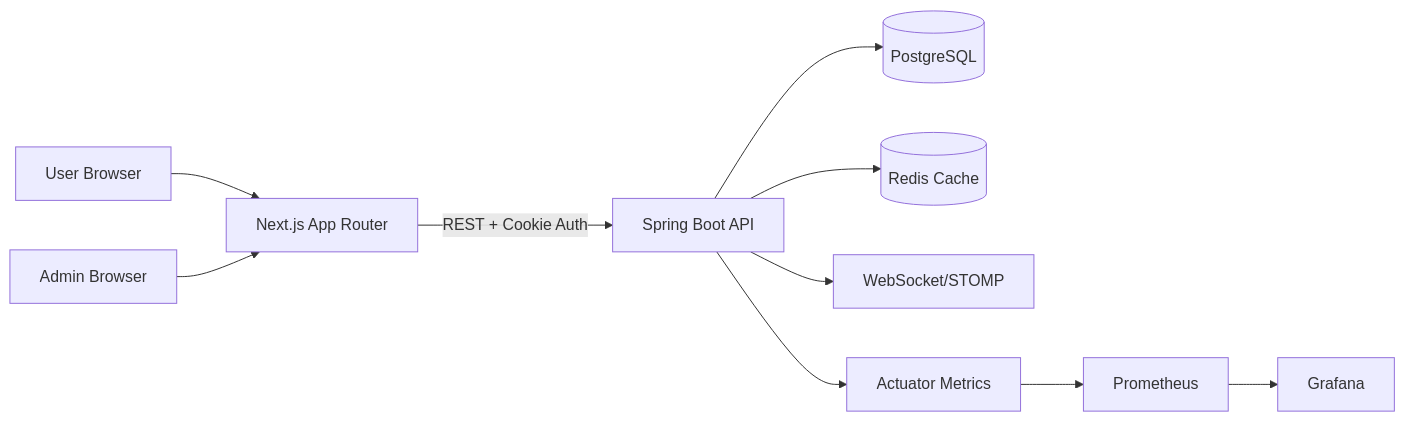
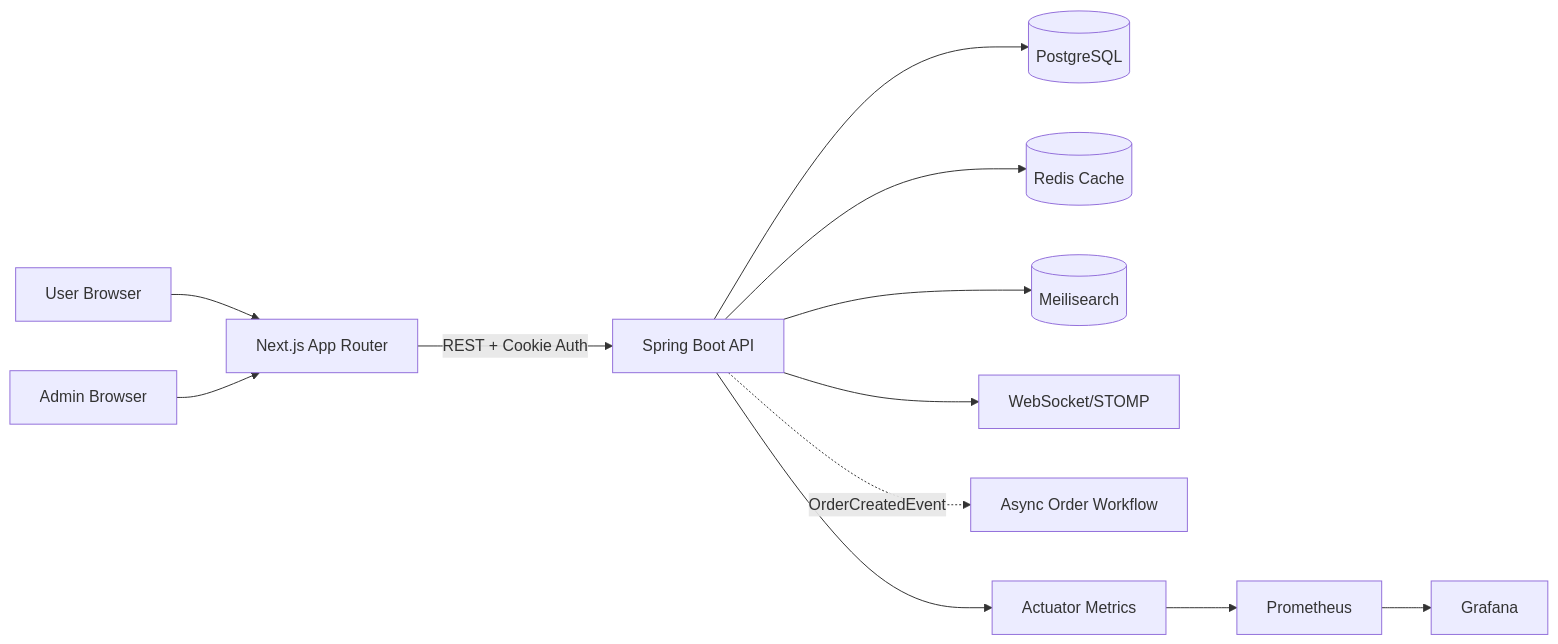
One commit to ngtrphuc/thymeleaf-product-showcase-v5 changed the diagram in smartphone-shop/README.md. Above: the diagram before and after it, drawn with Mermaid. The commit also changed other lines of this file and 73 other files, not shown here.

````diff
--- a/smartphone-shop/README.md
+++ b/smartphone-shop/README.md
@@ -184,12 +193,14 @@
 ```mermaid
 flowchart LR
     U[User Browser] --> N[Next.js App Router]
     N -->|REST + Cookie Auth| B[Spring Boot API]
     B --> P[(PostgreSQL)]
     B --> R[(Redis Cache)]
+    B --> S[(Meilisearch)]
     B --> W[WebSocket/STOMP]
+    B -. OrderCreatedEvent .-> O[Async Order Workflow]
     A[Admin Browser] --> N
     B --> M[Actuator Metrics]
     M --> PR[Prometheus]
     PR --> G[Grafana]
 ```
````
